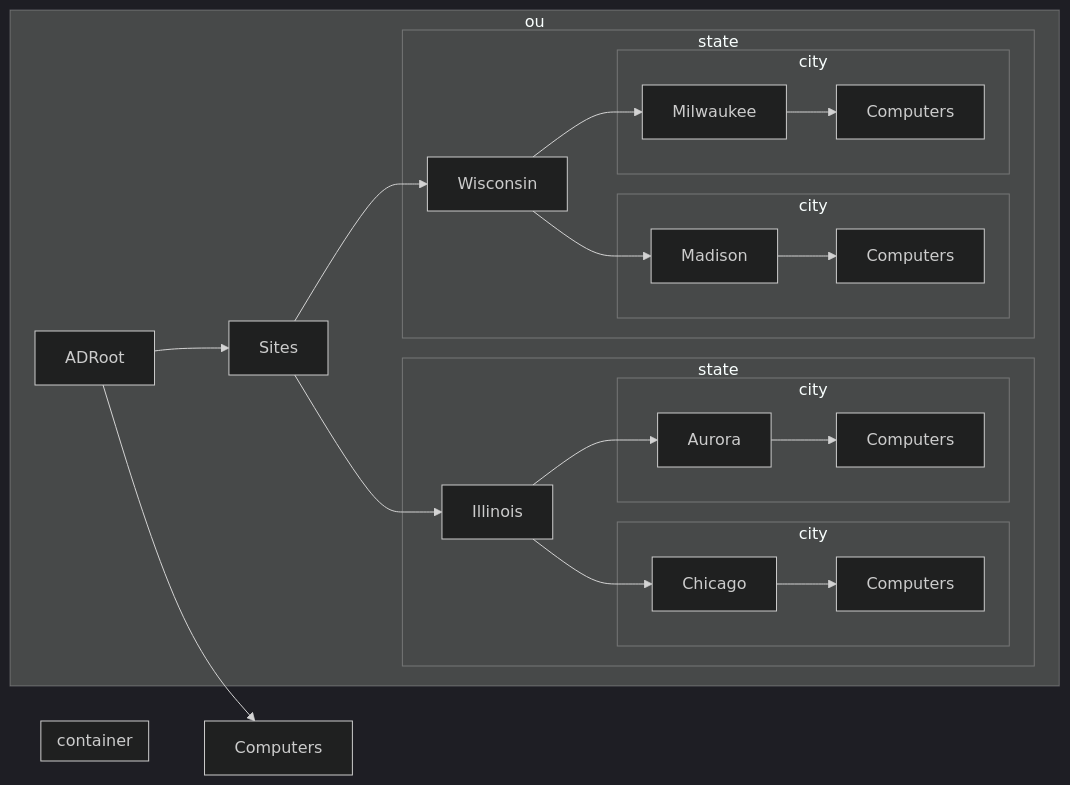
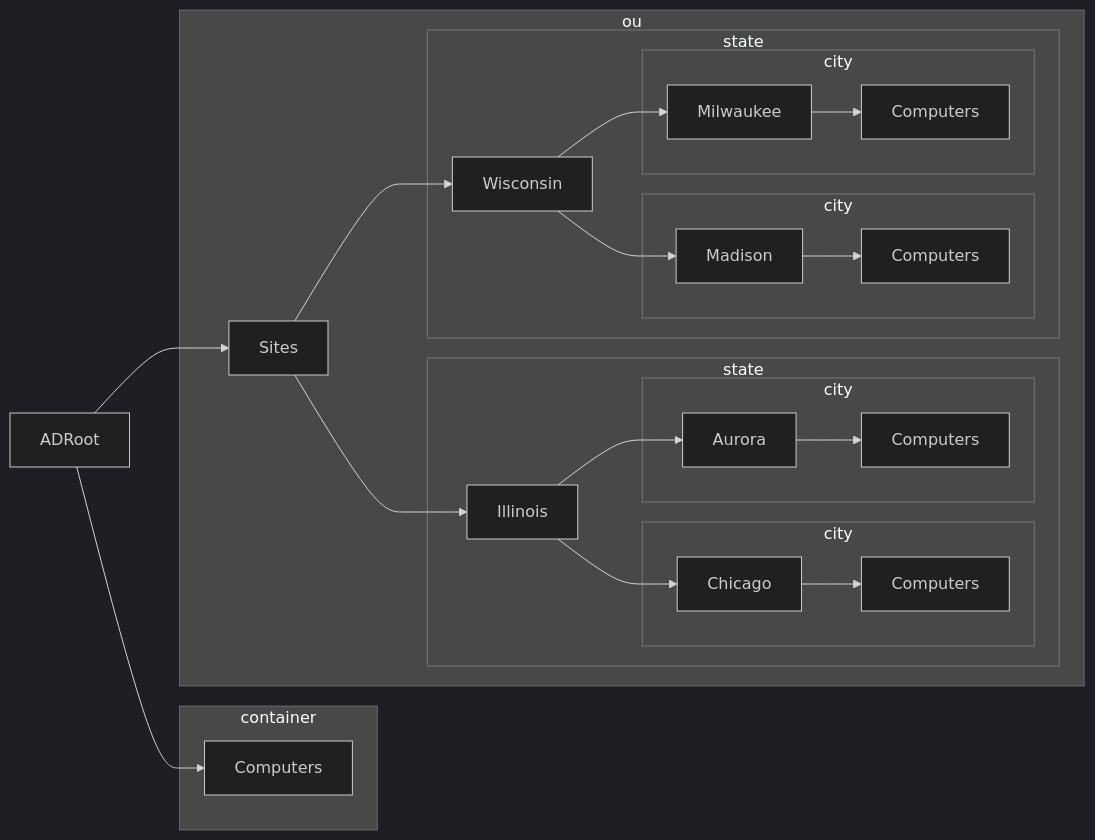
One commit to emerconnelly/sysadmin changed the diagram in powershell-scripts/Move-ComputersByStateSiteCode/README.md. Above: the diagram before and after it, drawn with Mermaid (dark theme).

````diff
--- a/powershell-scripts/Move-ComputersByStateSiteCode/README.md
+++ b/powershell-scripts/Move-ComputersByStateSiteCode/README.md
@@ -24,31 +24,32 @@
 ```mermaid
 flowchart LR
     ADRoot --> computers1[Computers]
         subgraph container1[container]
+        computers1
         end
+    ADRoot --> Sites
         subgraph ou1[ou]
-    ADRoot --> Sites
         Sites --> Illinois
             subgraph state1[state]
             Illinois --> Chicago
                 subgraph city1[city]
                 Chicago --> computer1[Computers]
                 end
             Illinois --> Aurora
                 subgraph city2[city]
                 Aurora --> computer2[Computers]
                 end
             end
         Sites --> Wisconsin
             subgraph state2[state]
             Wisconsin --> Madison
                 subgraph city3[city]
                 Madison --> computer3[Computers]
                 end
             Wisconsin --> Milwaukee
                 subgraph city4[city]
                 Milwaukee --> computer4[Computers]
                 end
             end
         end
 ```
````
